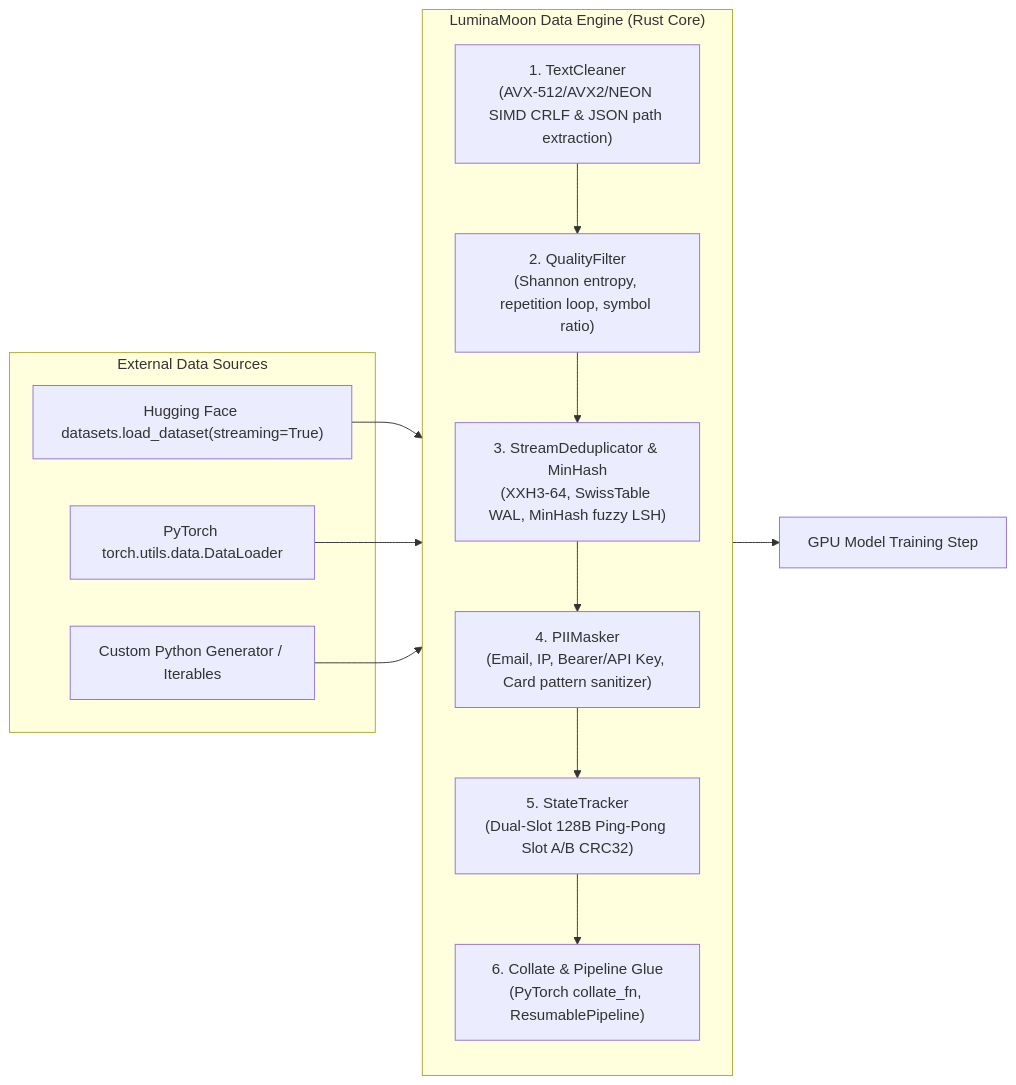
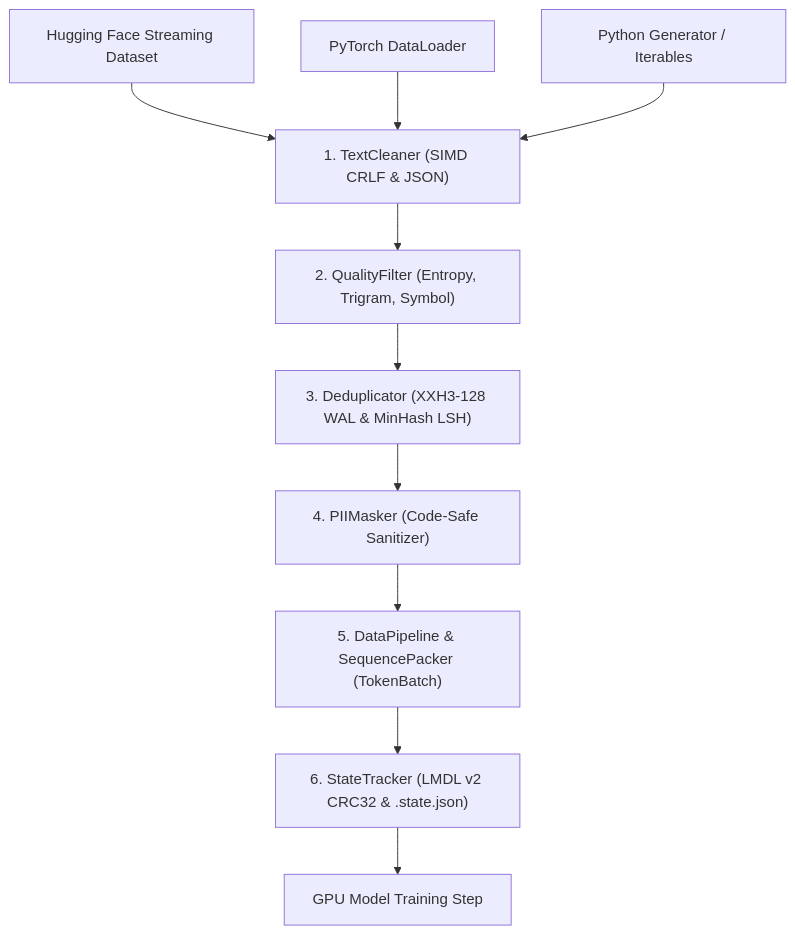
One commit to cloverx-id/luminamoon changed the diagram in data/README.md. Above: the diagram before and after it, drawn with Mermaid. The commit also changed other lines of this file and 524 other files, not shown here.

````diff
--- a/data/README.md
+++ b/data/README.md
@@ -11,28 +11,12 @@
 ```mermaid
-flowchart LR
-    subgraph External ["External Data Sources"]
-        HF["Hugging Face datasets.load_dataset(streaming=True)"]
-        Torch["PyTorch torch.utils.data.DataLoader"]
-        Custom["Custom Python Generator / Iterables"]
-    end
-
-    subgraph Data_Engine ["LuminaMoon Data Engine (Rust Core)"]
-        direction TB
-        Cleaner["1. TextCleaner\n(AVX-512/AVX2/NEON SIMD CRLF & JSON path extraction)"]
-        Quality["2. QualityFilter\n(Shannon entropy, repetition loop, symbol ratio)"]
-        Dedup["3. StreamDeduplicator & MinHash\n(XXH3-64, SwissTable WAL, MinHash fuzzy LSH)"]
-        Masker["4. PIIMasker\n(Email, IP, Bearer/API Key, Card pattern sanitizer)"]
-        Tracker["5. StateTracker\n(Dual-Slot 128B Ping-Pong Slot A/B CRC32)"]
-        Glue["6. Collate & Pipeline Glue\n(PyTorch collate_fn, ResumablePipeline)"]
-    end
-
-    HF --> Cleaner
-    Torch --> Cleaner
-    Custom --> Cleaner
-    Cleaner --> Quality
-    Quality --> Dedup
-    Dedup --> Masker
-    Masker --> Tracker
-    Tracker --> Glue
-    Glue --> Consumer["GPU Model Training Step"]
+flowchart TD
+    HF["Hugging Face Streaming Dataset"] --> Cleaner
+    Torch["PyTorch DataLoader"] --> Cleaner
+    Custom["Python Generator / Iterables"] --> Cleaner
+    Cleaner["1. TextCleaner (SIMD CRLF & JSON)"] --> Quality["2. QualityFilter (Entropy, Trigram, Symbol)"]
+    Quality --> Dedup["3. Deduplicator (XXH3-128 WAL & MinHash LSH)"]
+    Dedup --> Masker["4. PIIMasker (Code-Safe Sanitizer)"]
+    Masker --> Packer["5. DataPipeline & SequencePacker (TokenBatch)"]
+    Packer --> Tracker["6. StateTracker (LMDL v2 CRC32 & .state.json)"]
+    Tracker --> Consumer["GPU Model Training Step"]
 ```
````
